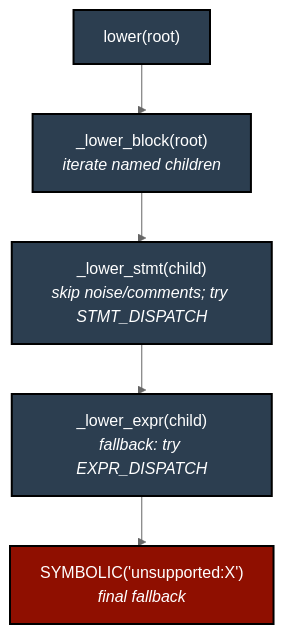
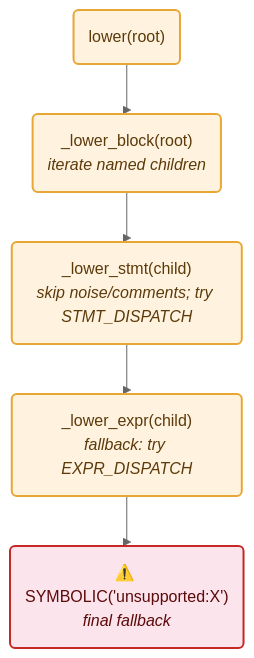
The fourth of 9 diagrams in _posts/2026-03-01-designing-reddragon-multi-language-code-analysis.md (asengupta/avishek.net), drawn with Mermaid (neutral theme) before and after one commit. The commit also changed other lines of this file and 2 other files, not shown here.

First line of the commit message:
Beautify mermaid diagrams across all three posts, add Tools section and execution loop

````diff
--- a/_posts/2026-03-01-designing-reddragon-multi-language-code-analysis.md
+++ b/_posts/2026-03-01-designing-reddragon-multi-language-code-analysis.md
@@ -493,13 +500,14 @@
 ```mermaid
 %%{ init: { "flowchart": { "curve": "stepBefore" } } }%%
 flowchart TD
-lower["lower(root)"]-->block["_lower_block(root)<br/><i>iterate named children</i>"]
-block-->stmt["_lower_stmt(child)<br/><i>skip noise/comments; try STMT_DISPATCH</i>"]
-stmt-->expr["_lower_expr(child)<br/><i>fallback: try EXPR_DISPATCH</i>"]
-expr-->sym["SYMBOLIC('unsupported:X')<br/><i>final fallback</i>"]
-style lower fill:#2c3e50,stroke:#000,stroke-width:2px,color:#fff
-style block fill:#2c3e50,stroke:#000,stroke-width:2px,color:#fff
-style stmt fill:#2c3e50,stroke:#000,stroke-width:2px,color:#fff
-style expr fill:#2c3e50,stroke:#000,stroke-width:2px,color:#fff
-style sym fill:#8f0f00,stroke:#000,stroke-width:2px,color:#fff
+    lower("lower(root)"):::fn
+    block("_lower_block(root)<br/><i>iterate named children</i>"):::fn
+    stmt("_lower_stmt(child)<br/><i>skip noise/comments; try STMT_DISPATCH</i>"):::fn
+    expr("_lower_expr(child)<br/><i>fallback: try EXPR_DISPATCH</i>"):::fn
+    sym("⚠️ SYMBOLIC('unsupported:X')<br/><i>final fallback</i>"):::fallback
+
+    lower --> block --> stmt --> expr --> sym
+
+    classDef fn fill:#fff3e0,stroke:#e8a735,stroke-width:2px,color:#5c3a0a
+    classDef fallback fill:#fce4ec,stroke:#c62828,stroke-width:2px,color:#5c0a0a
 ```
````
